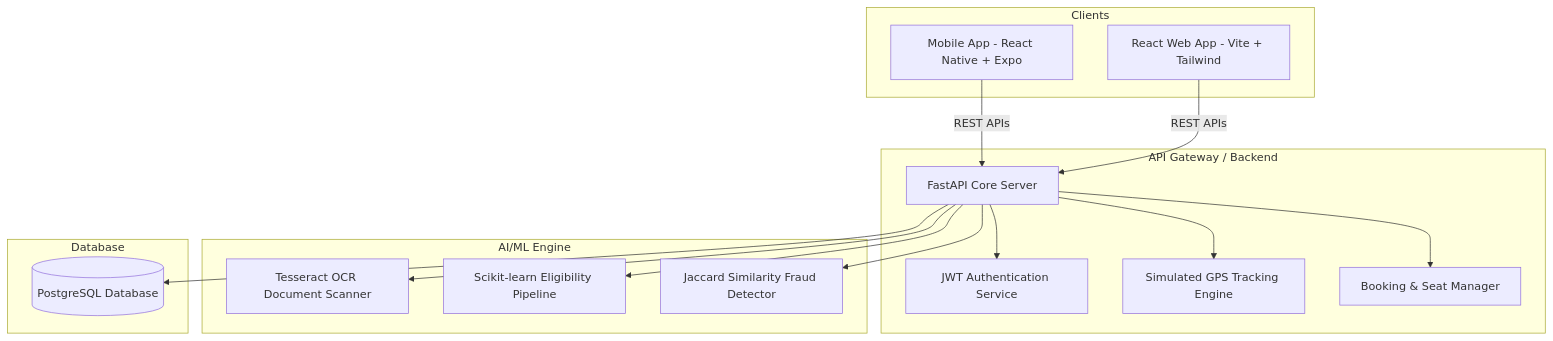
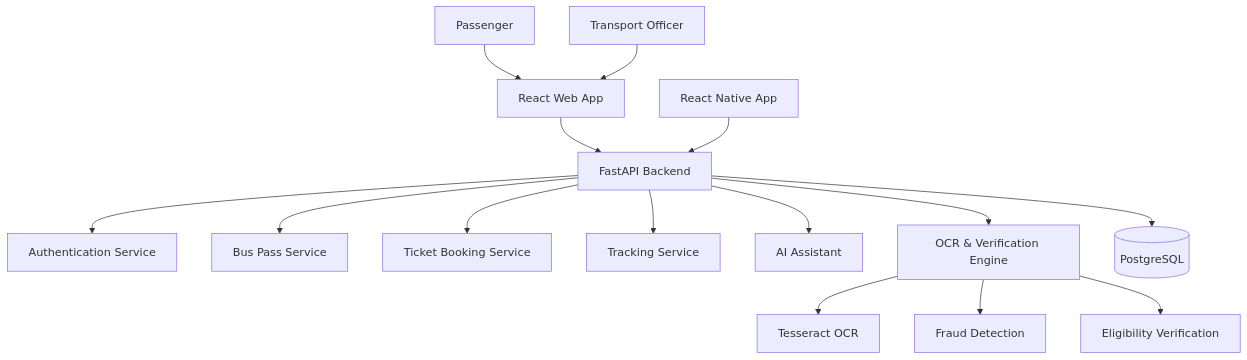
The diagram in README.md (HariM917/Tamil-Nadu-Smart-Public-Transport-Platform), drawn with Mermaid before and after one commit. The commit also changed other lines of this file, not shown here.

````diff
--- a/README.md
+++ b/README.md
@@ -9,34 +17,37 @@
 ```mermaid
 graph TD
-    subgraph Clients
-        Web[React Web App - Vite + Tailwind]
-        Mobile[Mobile App - React Native + Expo]
-    end
 
-    subgraph API Gateway / Backend
-        App[FastAPI Core Server]
-        Auth[JWT Authentication Service]
-        Tracker[Simulated GPS Tracking Engine]
-        Booking[Booking & Seat Manager]
-    end
+    User[Passenger]
+    Admin[Transport Officer]
 
-    subgraph AI/ML Engine
-        OCR[Tesseract OCR Document Scanner]
-        ML[Scikit-learn Eligibility Pipeline]
-        Fraud[Jaccard Similarity Fraud Detector]
-    end
+    User --> Frontend
+    Admin --> Frontend
 
-    subgraph Database
-        DB[(PostgreSQL Database)]
-    end
+    Frontend[React Web App]
+    Mobile[React Native App]
 
-    Web -->|REST APIs| App
-    Mobile -->|REST APIs| App
-    App --> Auth
-    App --> Tracker
-    App --> Booking
-    App --> OCR
-    App --> ML
-    App --> Fraud
-    App --> DB
+    Frontend --> Backend
+    Mobile --> Backend
+
+    Backend[FastAPI Backend]
+
+    Backend --> Auth
+    Backend --> Pass
+    Backend --> Booking
+    Backend --> Tracking
+    Backend --> Chatbot
+    Backend --> AI
+
+    Auth[Authentication Service]
+    Pass[Bus Pass Service]
+    Booking[Ticket Booking Service]
+    Tracking[Tracking Service]
+    Chatbot[AI Assistant]
+    AI[OCR & Verification Engine]
+
+    Backend --> DB[(PostgreSQL)]
+
+    AI --> OCR[Tesseract OCR]
+    AI --> Fraud[Fraud Detection]
+    AI --> Verify[Eligibility Verification]
 ```
````
